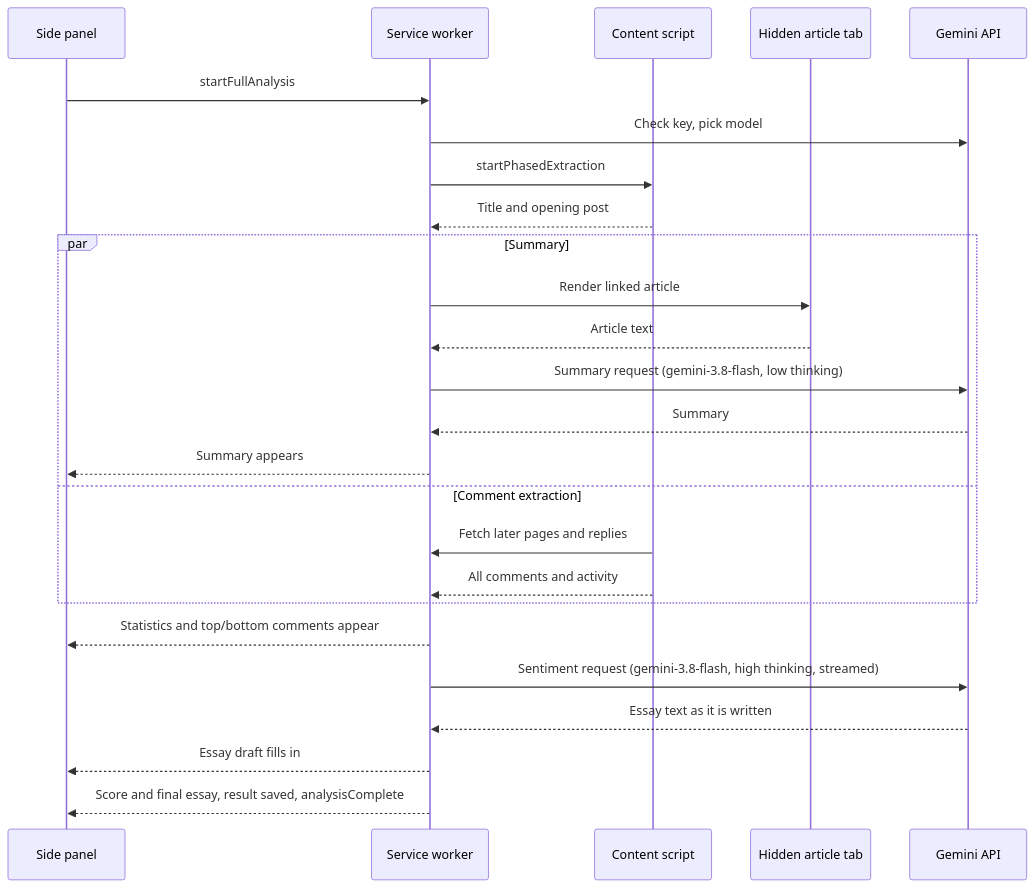
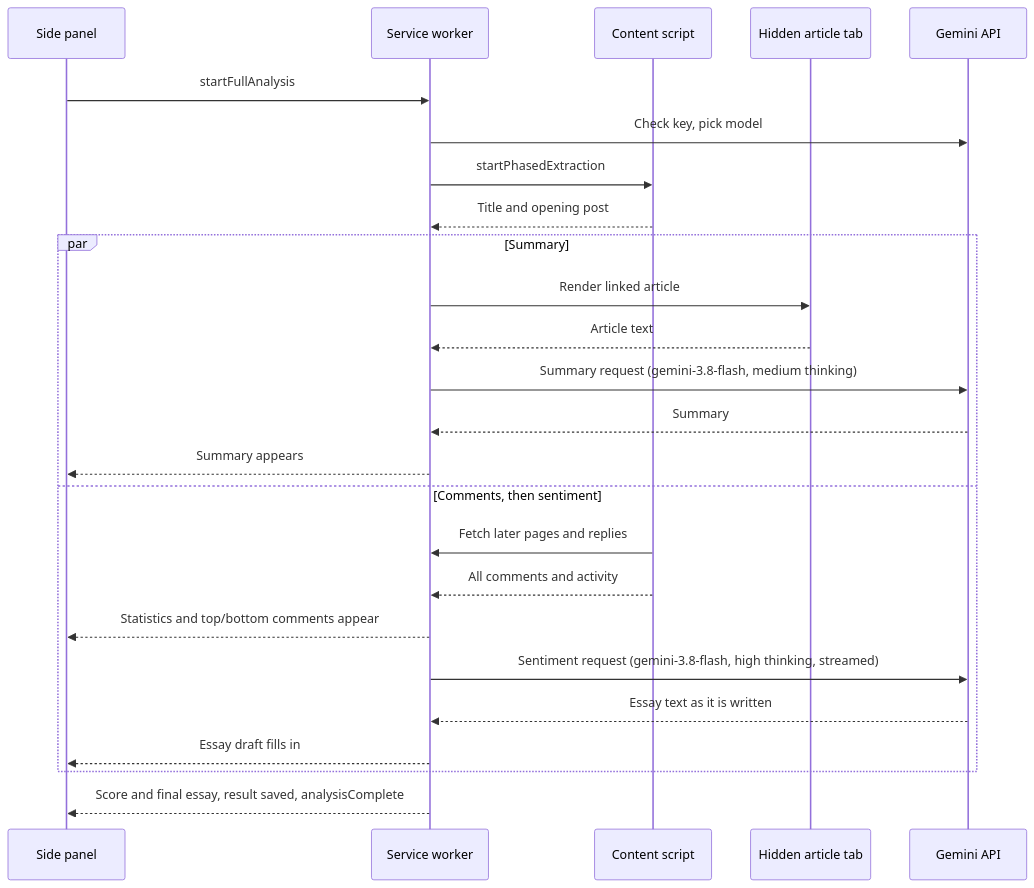
One commit to JGKarlin/girlsinsight changed the diagram in README.md. Above: the diagram before and after it, drawn with Mermaid. The commit also changed other lines of this file and 5 other files, not shown here.

First line of the commit message:
Run the essay alongside the summary and show the real step

````diff
--- a/README.md
+++ b/README.md
@@ -103,28 +103,28 @@
 ```mermaid
 sequenceDiagram
     participant P as Side panel
     participant B as Service worker
     participant C as Content script
     participant T as Hidden article tab
     participant G as Gemini API
 
     P->>B: startFullAnalysis
     B->>G: Check key, pick model
     B->>C: startPhasedExtraction
     C-->>B: Title and opening post
     par Summary
         B->>T: Render linked article
         T-->>B: Article text
-        B->>G: Summary request (gemini-3.8-flash, low thinking)
+        B->>G: Summary request (gemini-3.8-flash, medium thinking)
         G-->>B: Summary
         B-->>P: Summary appears
-    and Comment extraction
+    and Comments, then sentiment
         C->>B: Fetch later pages and replies
         C-->>B: All comments and activity
+        B-->>P: Statistics and top/bottom comments appear
+        B->>G: Sentiment request (gemini-3.8-flash, high thinking, streamed)
+        G-->>B: Essay text as it is written
+        B-->>P: Essay draft fills in
     end
-    B-->>P: Statistics and top/bottom comments appear
-    B->>G: Sentiment request (gemini-3.8-flash, high thinking, streamed)
-    G-->>B: Essay text as it is written
-    B-->>P: Essay draft fills in
     B-->>P: Score and final essay, result saved, analysisComplete
 ```
````
